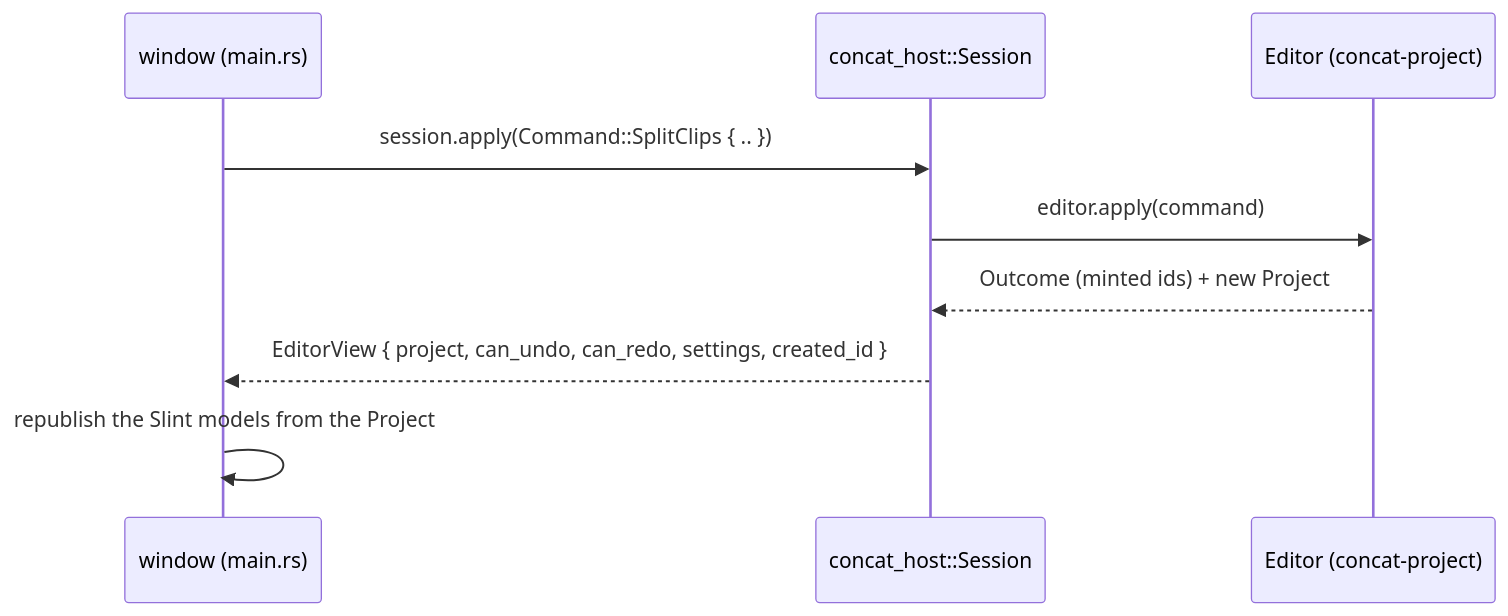
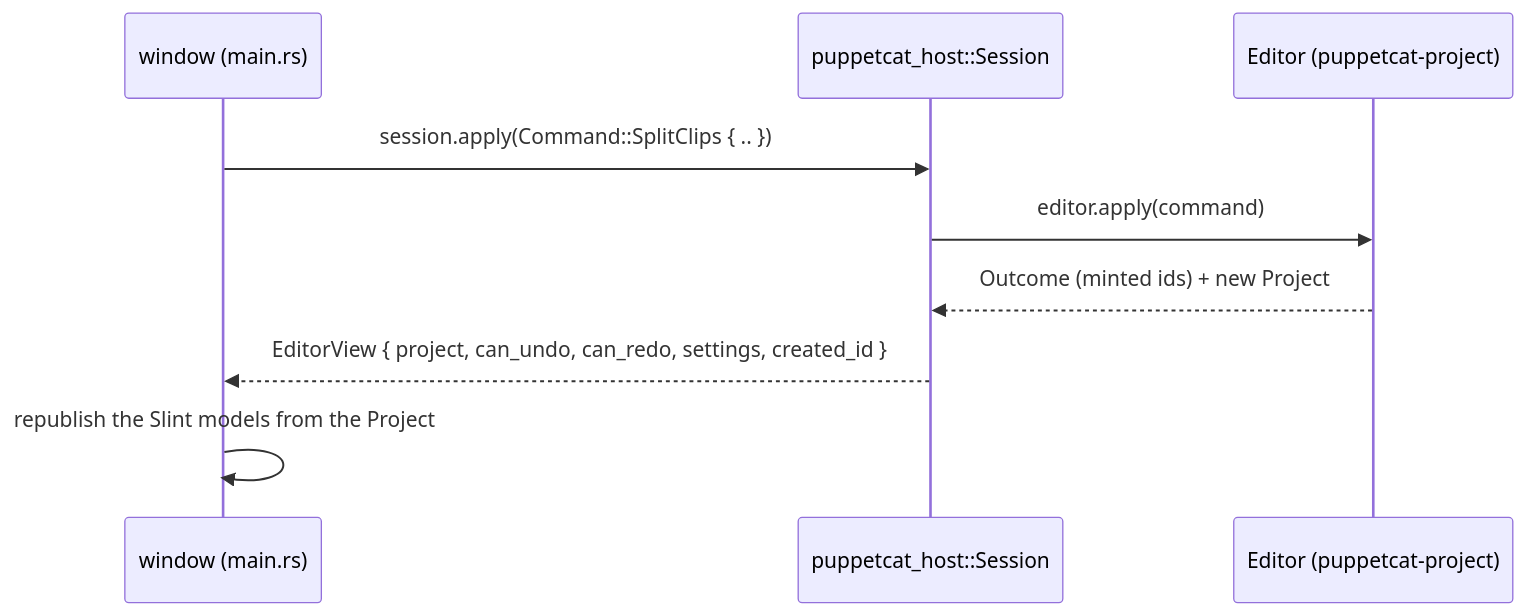
One commit to optimusdag/puppetcat changed the second of 3 diagrams in ARCHITECTURE.md. Above: the diagram before and after it, drawn with Mermaid. The commit also changed other lines of this file and 352 other files, not shown here.

````diff
--- a/ARCHITECTURE.md
+++ b/ARCHITECTURE.md
@@ -86,12 +86,12 @@
 ```mermaid
 sequenceDiagram
     participant W as window (main.rs)
-    participant S as concat_host::Session
-    participant E as Editor (concat-project)
+    participant S as puppetcat_host::Session
+    participant E as Editor (puppetcat-project)
 
     W->>S: session.apply(Command::SplitClips { .. })
     S->>E: editor.apply(command)
     E-->>S: Outcome (minted ids) + new Project
     S-->>W: EditorView { project, can_undo, can_redo, settings, created_id }
     W->>W: republish the Slint models from the Project
 ```
````
